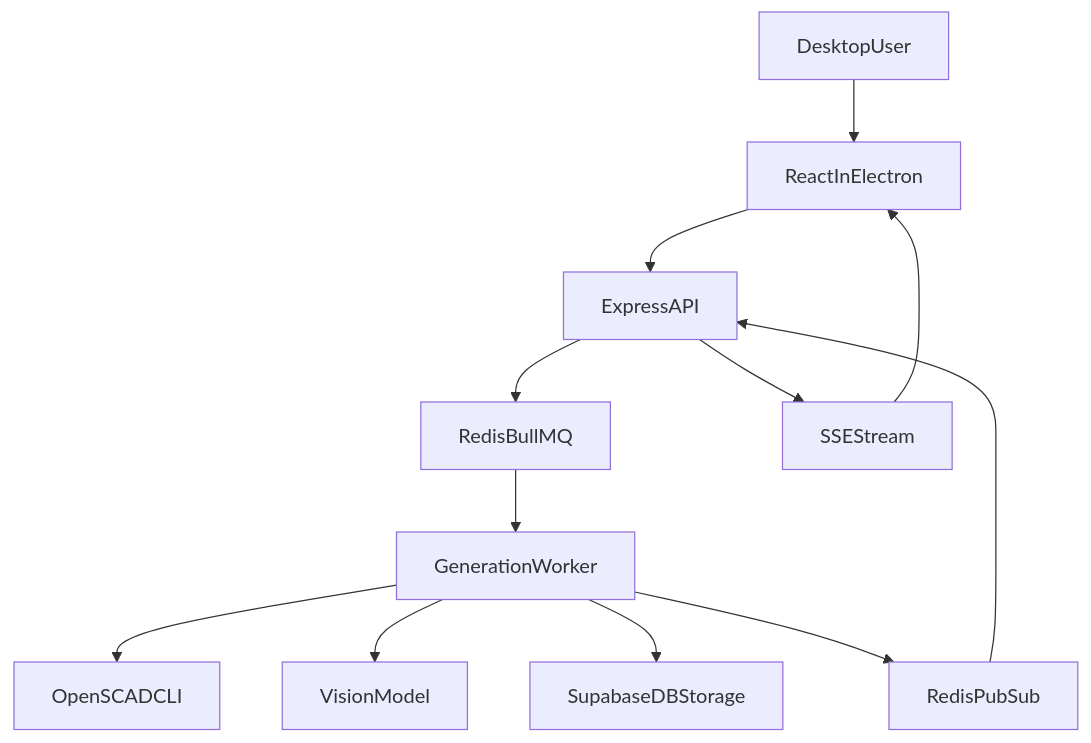
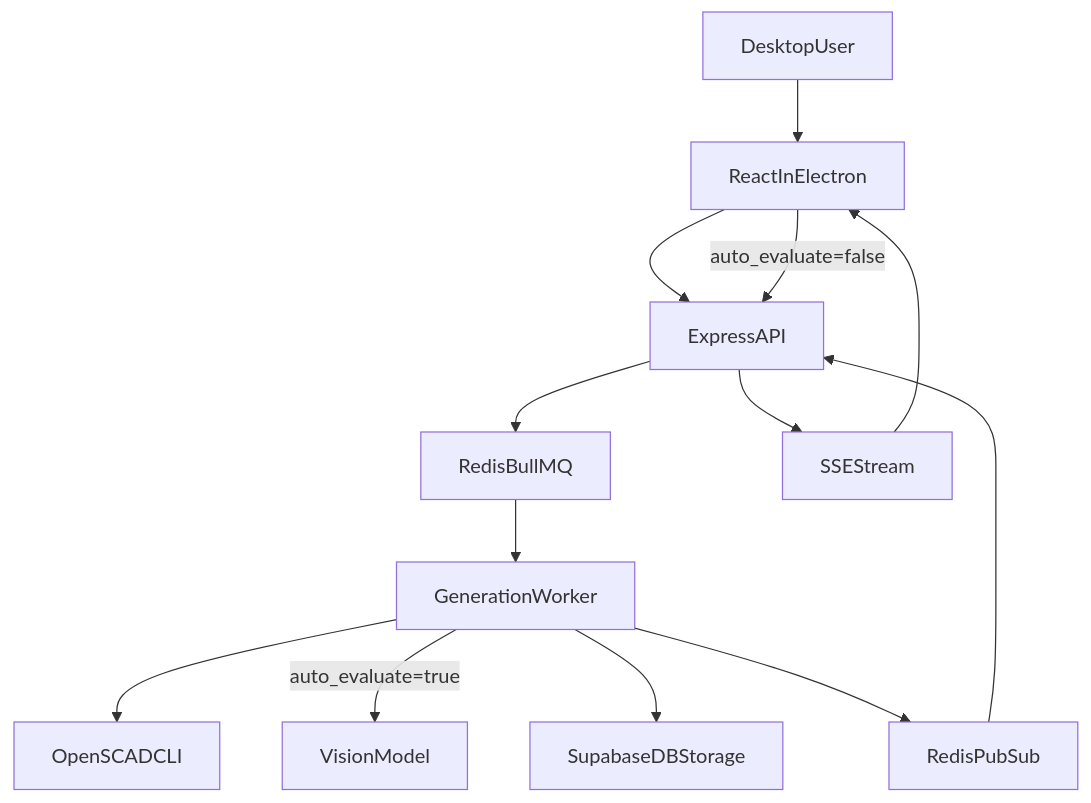
Before and after one commit to zacbemis/3DAI: the diagram in .cursor/plans/ts_express_compose_mvp.md, drawn with Mermaid. The commit also changed other lines of this file, not shown here.

````diff
--- a/.cursor/plans/ts_express_compose_mvp.md
+++ b/.cursor/plans/ts_express_compose_mvp.md
@@ -120,14 +221,15 @@
 ```mermaid
 flowchart TD
-user[DesktopUser] --> web[ReactInElectron]
-web --> api[ExpressAPI]
+user[DesktopUser] --> desktop[ReactInElectron]
+desktop --> api[ExpressAPI]
 api --> queue[RedisBullMQ]
 queue --> worker[GenerationWorker]
 worker --> openscad[OpenSCADCLI]
-worker --> vision[VisionModel]
+worker -->|auto_evaluate=true| vision[VisionModel]
 worker --> supabase[SupabaseDBStorage]
 worker --> pubsub[RedisPubSub]
 pubsub --> api
 api --> sse[SSEStream]
-sse --> web
+sse --> desktop
+desktop -->|auto_evaluate=false| api
 ```
````
